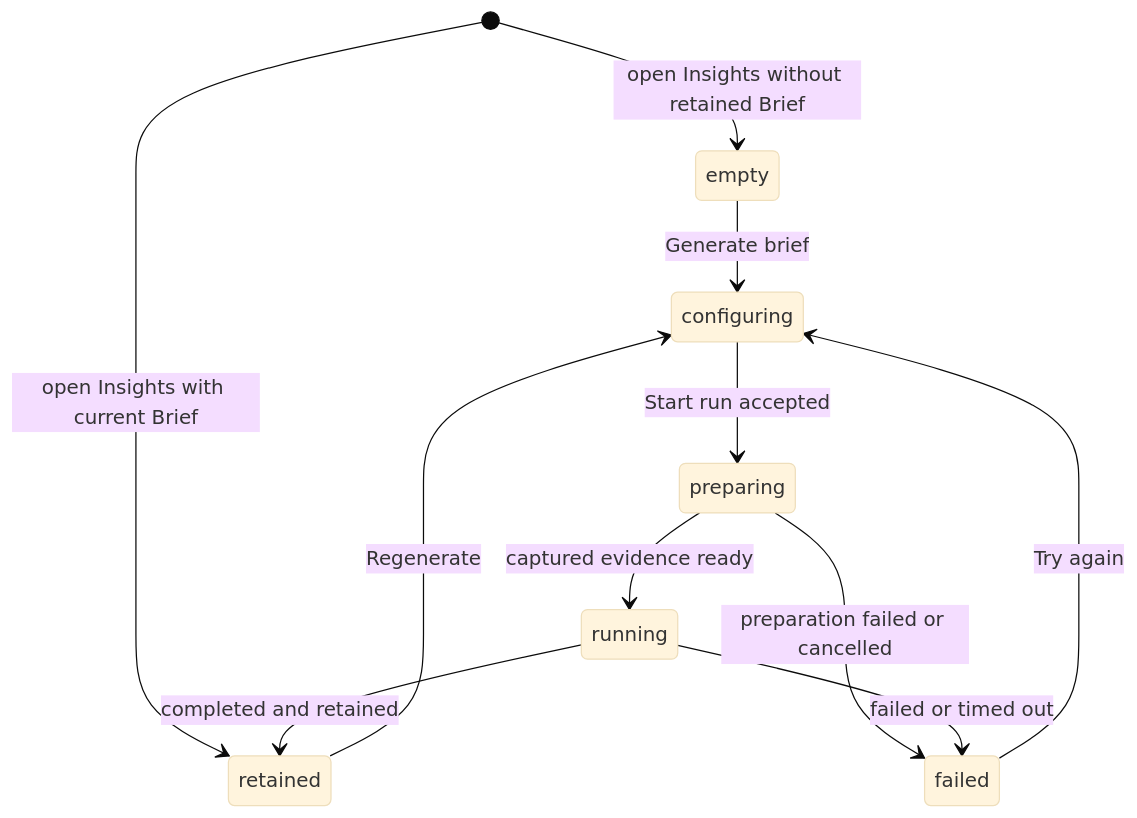
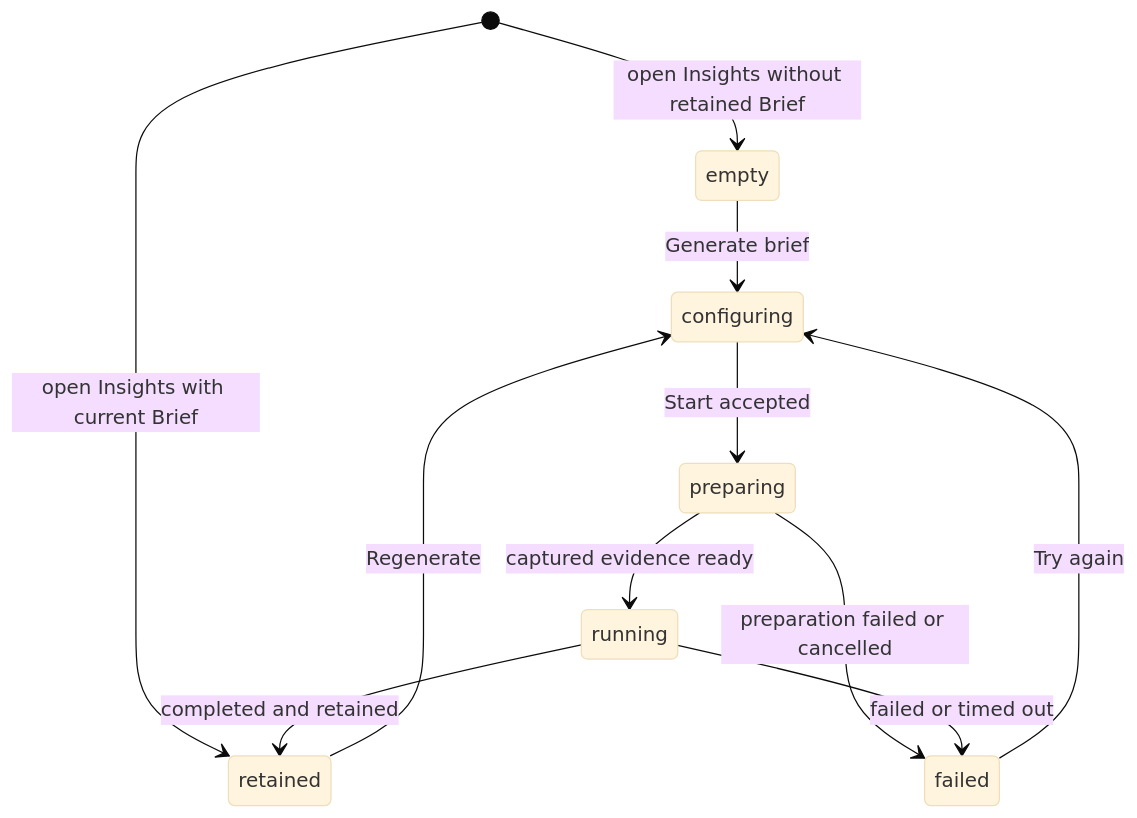
One commit to kwanpham2195/patchdesk changed the diagram in docs/product-description/review-workbench/brief.md. Above: the diagram before and after it, drawn with Mermaid (base theme). The commit also changed other lines of this file and 18 other files, not shown here.

First line of the commit message:
fix(insights): open run dialogs on a runnable provider and name it on Start

````diff
--- a/docs/product-description/review-workbench/brief.md
+++ b/docs/product-description/review-workbench/brief.md
@@ -13,13 +13,13 @@
 ```mermaid
 stateDiagram-v2
     [*] --> empty : open Insights without retained Brief
     [*] --> retained : open Insights with current Brief
     empty --> configuring : Generate brief
     retained --> configuring : Regenerate
-    configuring --> preparing : Start run accepted
+    configuring --> preparing : Start accepted
     preparing --> running : captured evidence ready
     preparing --> failed : preparation failed or cancelled
     running --> retained : completed and retained
     running --> failed : failed or timed out
     failed --> configuring : Try again
 ```
````
